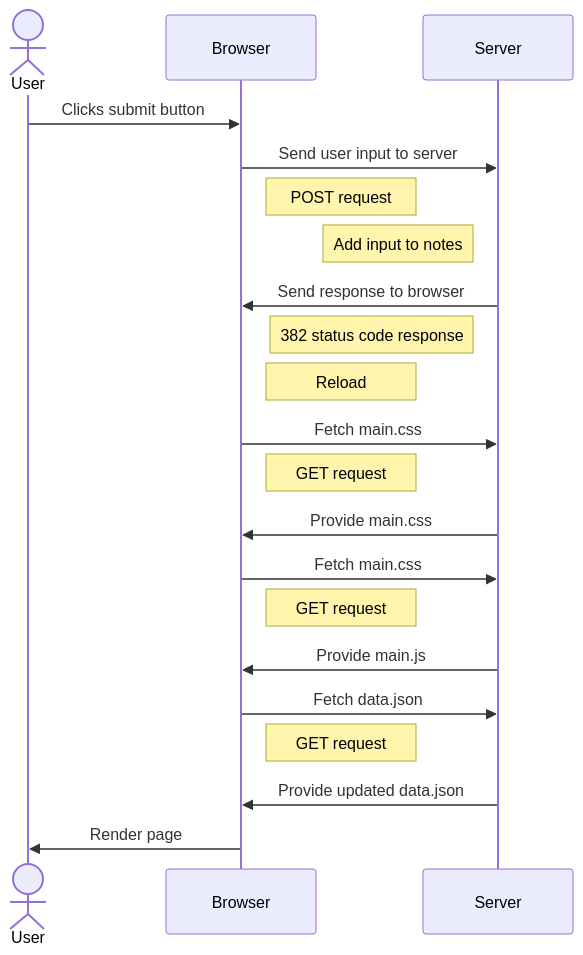
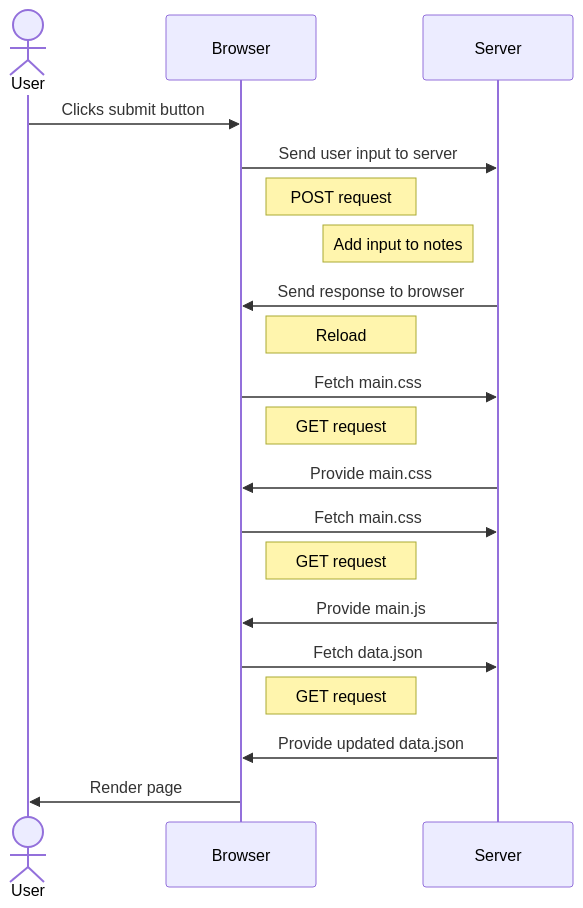
The diagram in part0/Exercise 0.4 New note.md (Yenya14/fullstackopen), drawn with Mermaid before and after one commit. The commit also changed 1 other file, not shown here.

Commit message:
committing changes

````diff
--- a/part0/Exercise 0.4 New note.md
+++ b/part0/Exercise 0.4 New note.md
@@ -1,23 +1,22 @@
 ```mermaid
 sequenceDiagram
     actor User
     
     User->>Browser: Clicks submit button
     Browser->>Server: Send user input to server
     Note right of Browser: POST request
     Note left of Server: Add input to notes
     Server->>Browser: Send response to browser
-    Note left of Server: 382 status code response
     Note right of Browser: Reload
     Browser->>Server: Fetch main.css
     Note right of Browser: GET request
     Server->>Browser: Provide main.css
     Browser->>Server: Fetch main.css
     Note right of Browser: GET request
     Server->>Browser: Provide main.js
     Browser->>Server: Fetch data.json
     Note right of Browser: GET request
     Server->>Browser: Provide updated data.json
     Browser->>User: Render page
 
 ```
````
